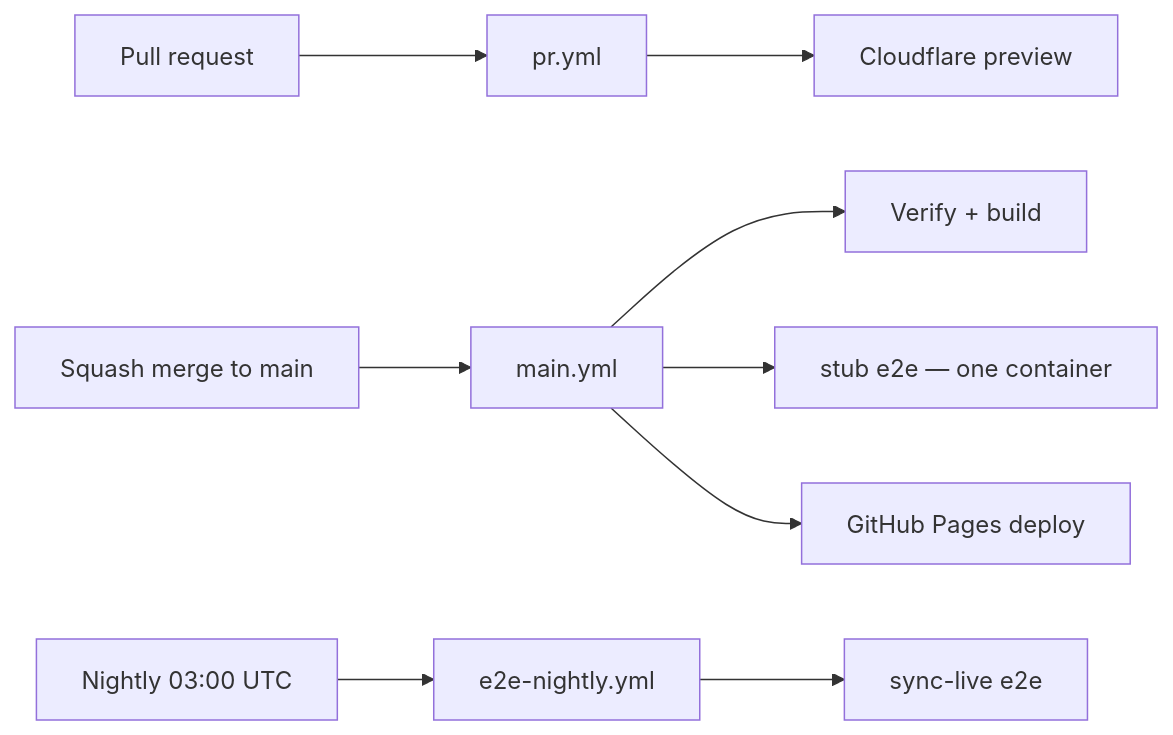
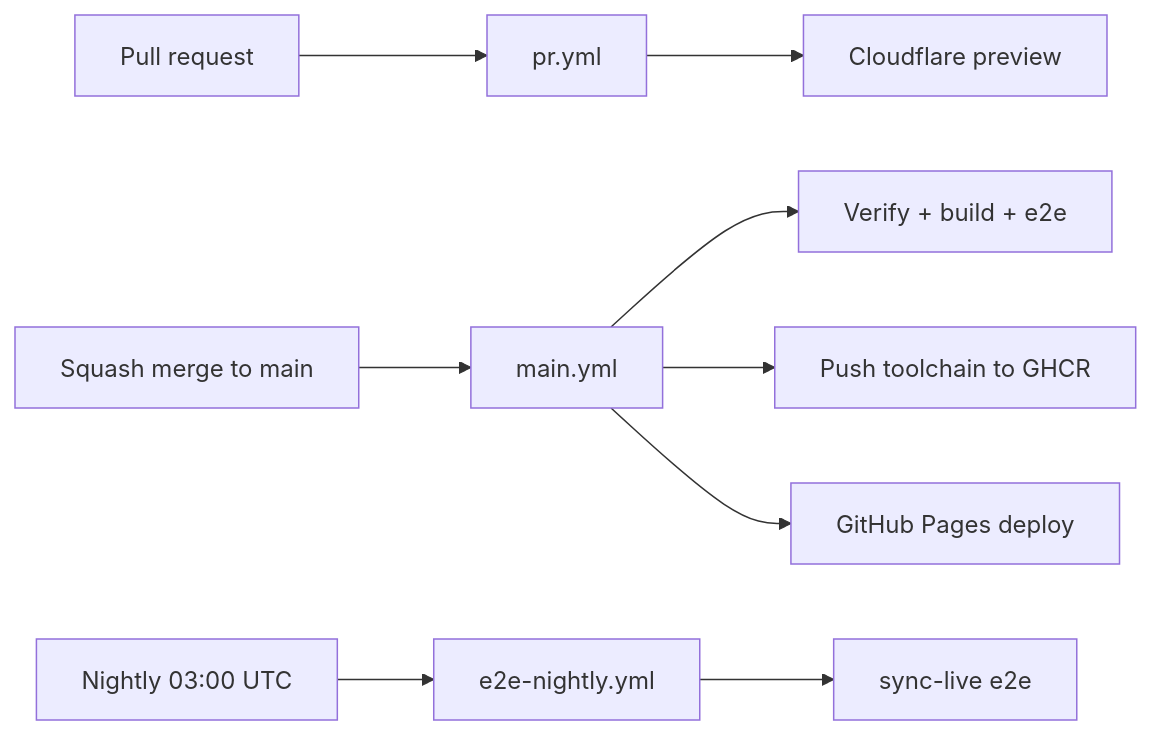
One commit to meta-secret/nook changed the diagram in .cortex/workflows/ci-pipeline.md. Above: the diagram before and after it, drawn with Mermaid. The commit also changed other lines of this file and 67 other files, not shown here.

````diff
--- a/.cortex/workflows/ci-pipeline.md
+++ b/.cortex/workflows/ci-pipeline.md
@@ -14,13 +14,13 @@
 ```mermaid
 flowchart LR
   PR[Pull request] --> pr_yml[pr.yml]
   pr_yml --> preview[Cloudflare preview]
 
   merge[Squash merge to main] --> main_yml[main.yml]
-  main_yml --> verify[Verify + build]
-  main_yml --> e2e_stub[stub e2e — one container]
+  main_yml --> main_verify[Verify + build + e2e]
+  main_yml --> toolchain_push[Push toolchain to GHCR]
   main_yml --> pages[GitHub Pages deploy]
 
   cron[Nightly 03:00 UTC] --> nightly[e2e-nightly.yml]
   nightly --> e2e_live[sync-live e2e]
 ```
````
